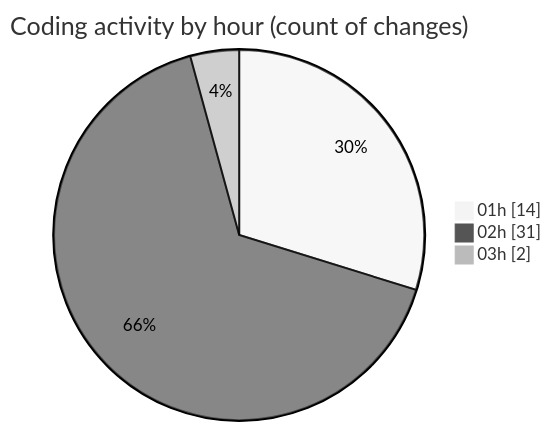
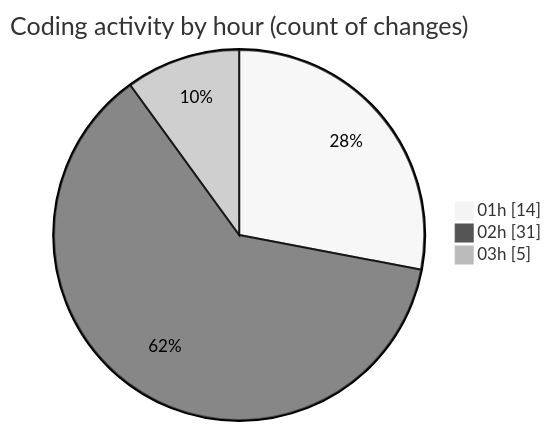
Before and after one commit to jrari/code-tracking: the second of 2 diagrams in 2025-07-13/telebot/README.md, drawn with Mermaid (neutral theme). The commit also changed other lines of this file and 1 other file, not shown here.

````diff
--- a/2025-07-13/telebot/README.md
+++ b/2025-07-13/telebot/README.md
@@ -52,7 +54,7 @@
 ```mermaid
 pie showData
 title Coding activity by hour (count of changes)
 "01h" : 14
 "02h" : 31
-"03h" : 2
+"03h" : 5
 ```
````
